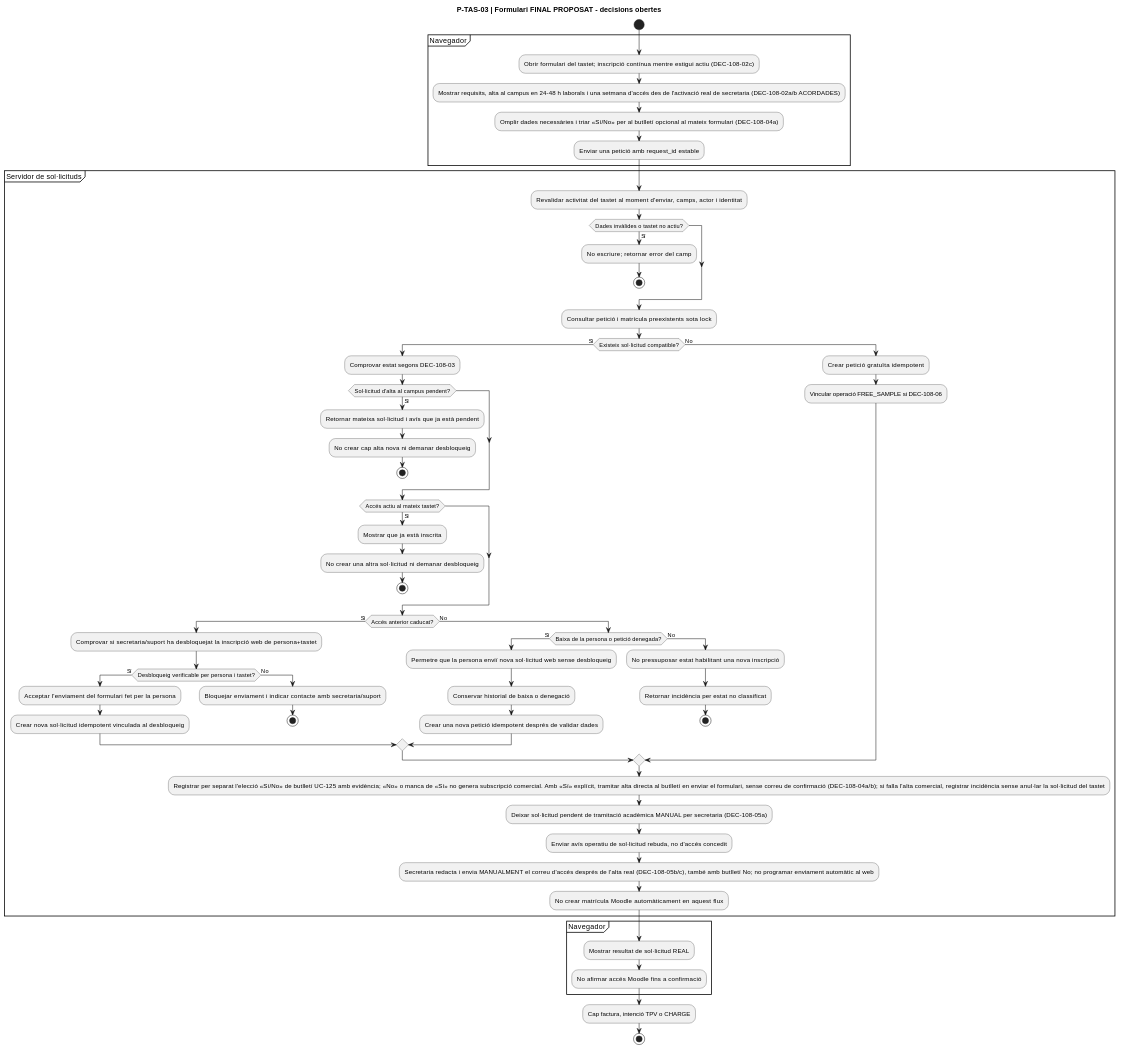
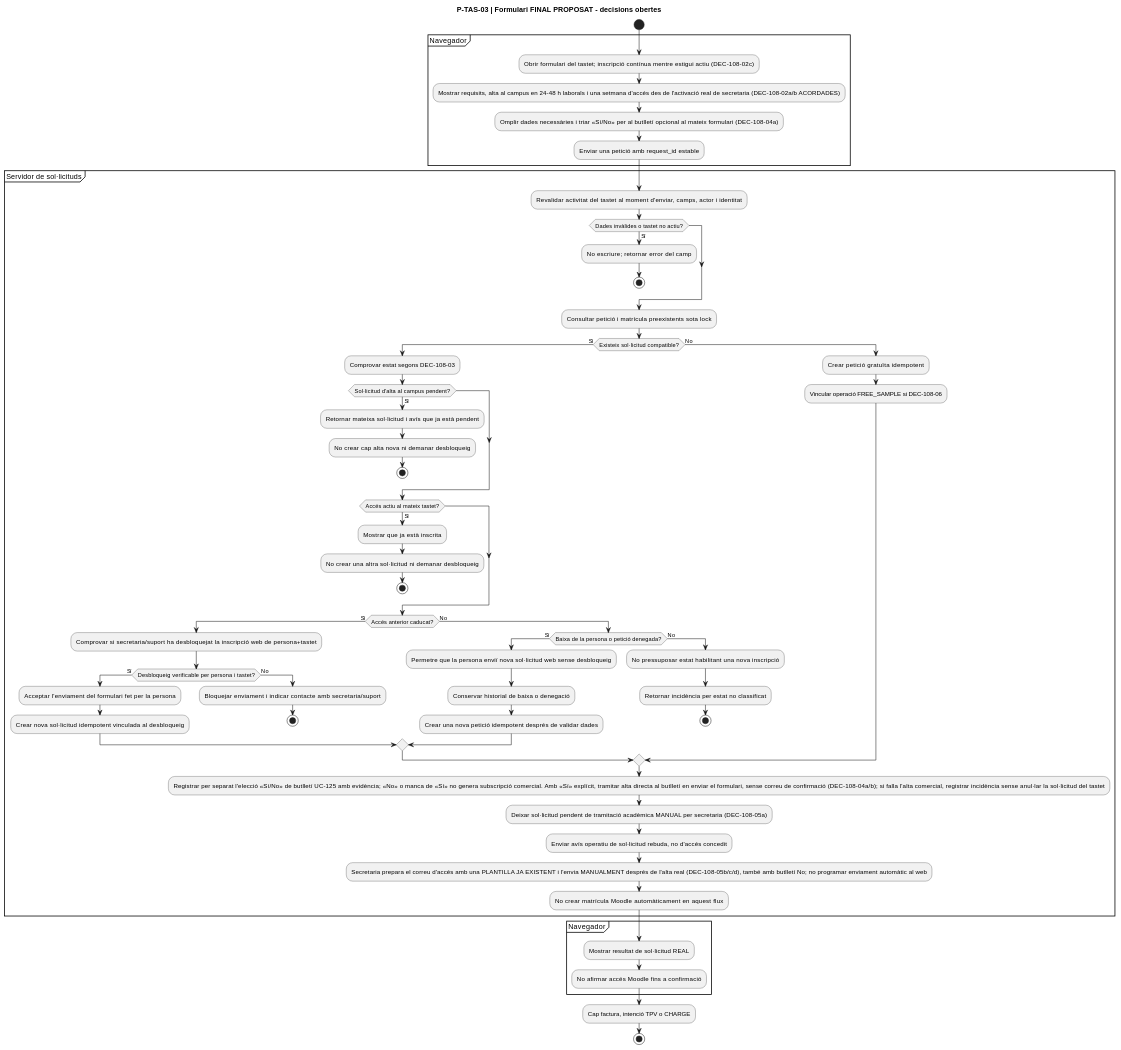
One commit to orgmeriemprismacat-del/verifactu changed diagram 16 of 32 in documentacio/07-uml-integrat/uc-108-activitats-pagines-tastets-actual-final.md. Above: the diagram before and after it, drawn with PlantUML. The commit also changed other lines of this file, not shown here.

````diff
--- a/documentacio/07-uml-integrat/uc-108-activitats-pagines-tastets-actual-final.md
+++ b/documentacio/07-uml-integrat/uc-108-activitats-pagines-tastets-actual-final.md
@@ -367,67 +367,67 @@
 ```plantuml
 @startuml
 title P-TAS-03 | Formulari FINAL PROPOSAT - decisions obertes
 start
 partition "Navegador" {
   :Obrir formulari del tastet; inscripció contínua mentre estigui actiu (DEC-108-02c);
   :Mostrar requisits, alta al campus en 24–48 h laborals i una setmana d'accés des de l'activació real de secretaria (DEC-108-02a/b ACORDADES);
   :Omplir dades necessàries i triar «Sí/No» per al butlletí opcional al mateix formulari (DEC-108-04a);
   :Enviar una petició amb request_id estable;
 }
 partition "Servidor de sol·licituds" {
   :Revalidar activitat del tastet al moment d'enviar, camps, actor i identitat;
   if (Dades invàlides o tastet no actiu?) then (Sí)
     :No escriure; retornar error del camp;
     stop
   endif
   :Consultar petició i matrícula preexistents sota lock;
   if (Existeix sol·licitud compatible?) then (Sí)
     :Comprovar estat segons DEC-108-03;
     if (Sol·licitud d'alta al campus pendent?) then (Sí)
       :Retornar mateixa sol·licitud i avís que ja està pendent;
       :No crear cap alta nova ni demanar desbloqueig;
       stop
     endif
     if (Accés actiu al mateix tastet?) then (Sí)
       :Mostrar que ja està inscrita;
       :No crear una altra sol·licitud ni demanar desbloqueig;
       stop
     endif
     if (Accés anterior caducat?) then (Sí)
       :Comprovar si secretaria/suport ha desbloquejat la inscripció web de persona+tastet;
       if (Desbloqueig verificable per persona i tastet?) then (Sí)
         :Acceptar l'enviament del formulari fet per la persona;
         :Crear nova sol·licitud idempotent vinculada al desbloqueig;
       else (No)
         :Bloquejar enviament i indicar contacte amb secretaria/suport;
         stop
       endif
     else (No)
       if (Baixa de la persona o petició denegada?) then (Sí)
         :Permetre que la persona enviï nova sol·licitud web sense desbloqueig;
         :Conservar historial de baixa o denegació;
         :Crear una nova petició idempotent després de validar dades;
       else (No)
         :No pressuposar estat habilitant una nova inscripció;
         :Retornar incidència per estat no classificat;
         stop
       endif
     endif
   else (No)
     :Crear petició gratuïta idempotent;
     :Vincular operació FREE_SAMPLE si DEC-108-06;
   endif
   :Registrar per separat l'elecció «Sí/No» de butlletí UC-125 amb evidència; «No» o manca de «Sí» no genera subscripció comercial. Amb «Sí» explícit, tramitar alta directa al butlletí en enviar el formulari, sense correu de confirmació (DEC-108-04a/b); si falla l'alta comercial, registrar incidència sense anul·lar la sol·licitud del tastet;
   :Deixar sol·licitud pendent de tramitació acadèmica MANUAL per secretaria (DEC-108-05a);
   :Enviar avís operatiu de sol·licitud rebuda, no d'accés concedit;
-  :Secretaria redacta i envia MANUALMENT el correu d'accés després de l'alta real (DEC-108-05b/c), també amb butlletí No; no programar enviament automàtic al web;
+  :Secretaria prepara el correu d'accés amb una PLANTILLA JA EXISTENT i l'envia MANUALMENT després de l'alta real (DEC-108-05b/c/d), també amb butlletí No; no programar enviament automàtic al web;
   :No crear matrícula Moodle automàticament en aquest flux;
 }
 partition "Navegador" {
   :Mostrar resultat de sol·licitud REAL;
   :No afirmar accés Moodle fins a confirmació;
 }
 :Cap factura, intenció TPV o CHARGE;
 stop
 @enduml
 ```
````
